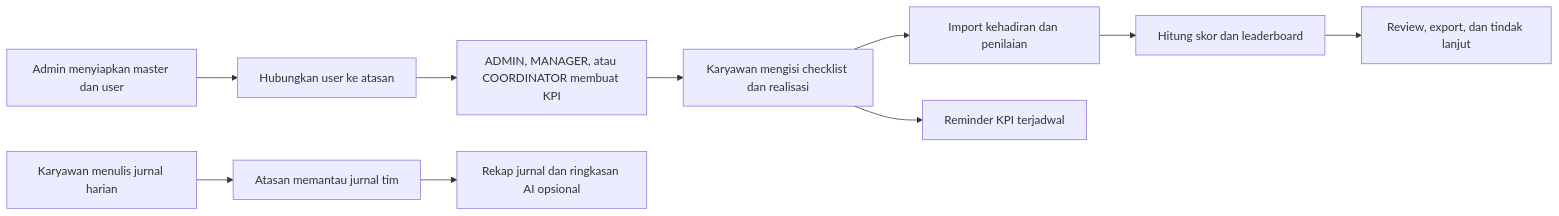
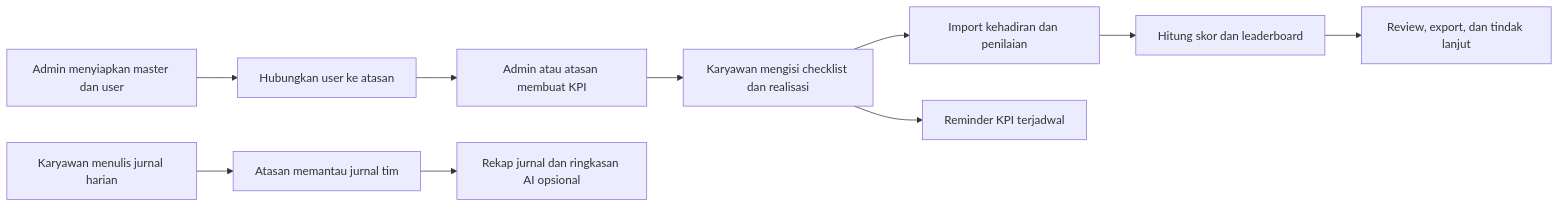
One commit to oceanspacedev/dnd-web changed the first of 2 diagrams in README.md. Above: the diagram before and after it, drawn with Mermaid. The commit also changed other lines of this file, not shown here.

````diff
--- a/README.md
+++ b/README.md
@@ -121,12 +121,12 @@
 ```mermaid
 flowchart LR
     A[Admin menyiapkan master dan user] --> B[Hubungkan user ke atasan]
-    B --> C[ADMIN, MANAGER, atau COORDINATOR membuat KPI]
+    B --> C[Admin atau atasan membuat KPI]
     C --> D[Karyawan mengisi checklist dan realisasi]
     D --> E[Import kehadiran dan penilaian]
     E --> F[Hitung skor dan leaderboard]
     F --> G[Review, export, dan tindak lanjut]
     D --> H[Reminder KPI terjadwal]
     I[Karyawan menulis jurnal harian] --> J[Atasan memantau jurnal tim]
     J --> K[Rekap jurnal dan ringkasan AI opsional]
 ```
````
